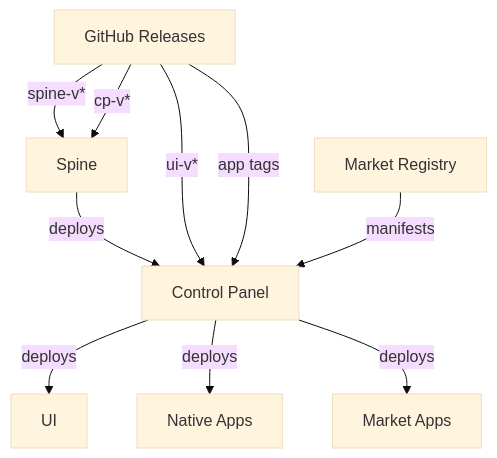
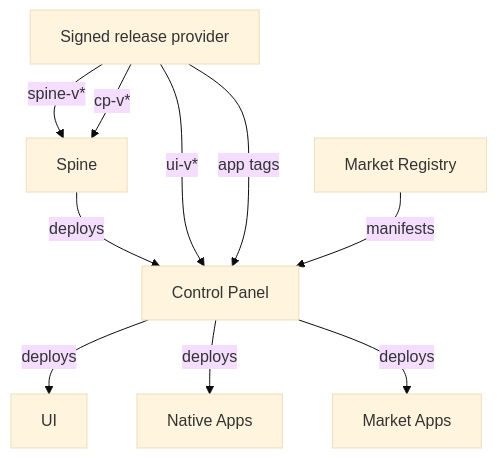
The fifth of 5 diagrams in docs/architecture.md (YouEye-Platform/YouEye), drawn with Mermaid (base theme) before and after one commit. The commit also changed other lines of this file and 1207 other files, not shown here.

Commit message:
Release appliance 0.5.7, cp 0.5.24, spine 0.5.18, ui 0.5.4

````diff
--- a/docs/architecture.md
+++ b/docs/architecture.md
@@ -204,14 +206,14 @@
 ```mermaid
 graph TD
-    GH[GitHub Releases] -->|spine-v*| Spine
-    GH -->|cp-v*| Spine
+    F[Signed release provider] -->|spine-v*| Spine
+    F -->|cp-v*| Spine
     Spine -->|deploys| CP[Control Panel]
     
-    GH -->|ui-v*| CP
-    GH -->|app tags| CP
+    F -->|ui-v*| CP
+    F -->|app tags| CP
     CP -->|deploys| UI[UI]
     CP -->|deploys| Apps[Native Apps]
     
     Registry[Market Registry] -->|manifests| CP
     CP -->|deploys| MarketApps[Market Apps]
 ```
````
